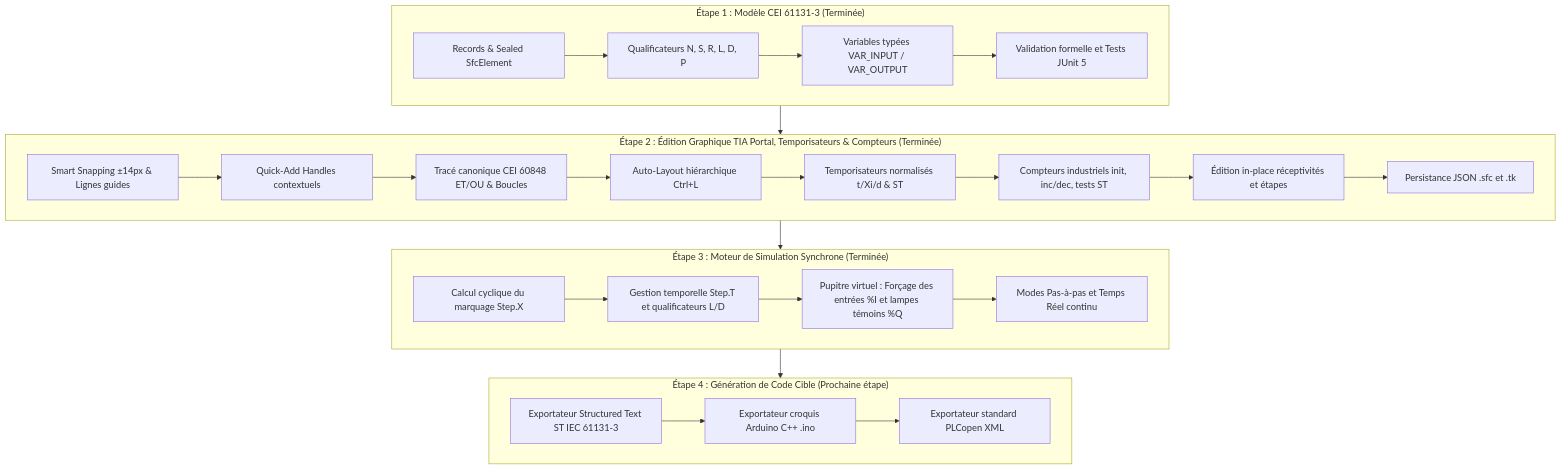
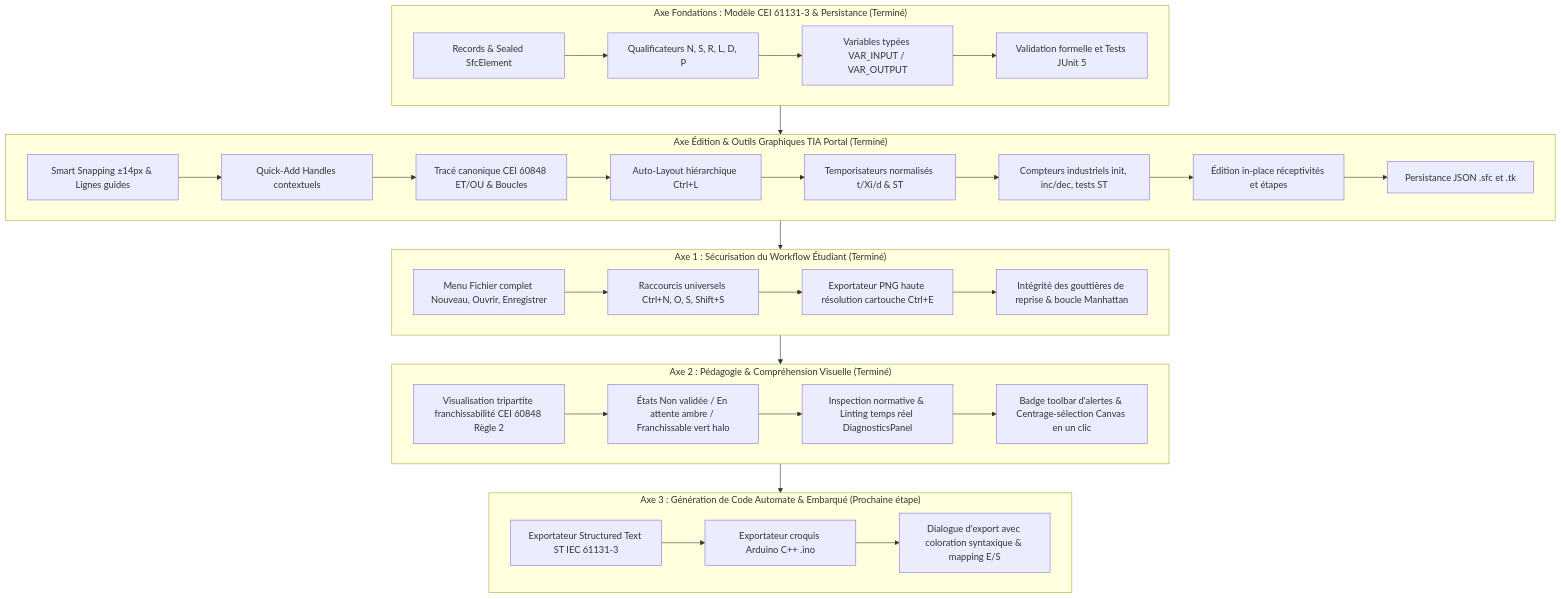
Before and after one commit to TAHRI-Khalid/Grafino: the diagram in AGENTS.md, drawn with Mermaid. The commit also changed other lines of this file and 14 other files, not shown here.

Commit message:
feat: axes 1 et 2 - persistance projet, export PNG, franchissabilite tripartite et linting temps reel

````diff
--- a/AGENTS.md
+++ b/AGENTS.md
@@ -251,33 +269,40 @@
 ```mermaid
 flowchart TD
-    subgraph Etape1 ["Étape 1 : Modèle CEI 61131-3 (Terminée)"]
+    subgraph Etape1 ["Axe Fondations : Modèle CEI 61131-3 & Persistance (Terminé)"]
         A1[Records & Sealed SfcElement] --> A2[Qualificateurs N, S, R, L, D, P]
         A2 --> A3[Variables typées VAR_INPUT / VAR_OUTPUT]
         A3 --> A4[Validation formelle et Tests JUnit 5]
     end
 
-    subgraph Etape2 ["Étape 2 : Édition Graphique TIA Portal, Temporisateurs & Compteurs (Terminée)"]
+    subgraph Etape2 ["Axe Édition & Outils Graphiques TIA Portal (Terminé)"]
         B1[Smart Snapping ±14px & Lignes guides] --> B2[Quick-Add Handles contextuels]
         B2 --> B3[Tracé canonique CEI 60848 ET/OU & Boucles]
         B3 --> B4[Auto-Layout hiérarchique Ctrl+L]
         B4 --> B5[Temporisateurs normalisés t/Xi/d & ST]
         B5 --> B6[Compteurs industriels init, inc/dec, tests ST]
         B6 --> B7[Édition in-place réceptivités et étapes]
         B7 --> B8[Persistance JSON .sfc et .tk]
     end
 
-    subgraph Etape3 ["Étape 3 : Moteur de Simulation Synchrone (Terminée)"]
-        C1[Calcul cyclique du marquage Step.X] --> C2[Gestion temporelle Step.T et qualificateurs L/D]
-        C2 --> C3[Pupitre virtuel : Forçage des entrées %I et lampes témoins %Q]
-        C3 --> C4[Modes Pas-à-pas et Temps Réel continu]
+    subgraph Etape3 ["Axe 1 : Sécurisation du Workflow Étudiant (Terminé)"]
+        C1[Menu Fichier complet Nouveau, Ouvrir, Enregistrer] --> C2[Raccourcis universels Ctrl+N, O, S, Shift+S]
+        C2 --> C3[Exportateur PNG haute résolution cartouche Ctrl+E]
+        C3 --> C4[Intégrité des gouttières de reprise & boucle Manhattan]
     end
 
-    subgraph Etape4 ["Étape 4 : Génération de Code Cible (Prochaine étape)"]
-        D1[Exportateur Structured Text ST IEC 61131-3] --> D2[Exportateur croquis Arduino C++ .ino]
-        D2 --> D3[Exportateur standard PLCopen XML]
+    subgraph Etape4 ["Axe 2 : Pédagogie & Compréhension Visuelle (Terminé)"]
+        D1[Visualisation tripartite franchissabilité CEI 60848 Règle 2] --> D2[États Non validée / En attente ambre / Franchissable vert halo]
+        D2 --> D3[Inspection normative & Linting temps réel DiagnosticsPanel]
+        D3 --> D4[Badge toolbar d'alertes & Centrage-sélection Canvas en un clic]
+    end
+
+    subgraph Etape5 ["Axe 3 : Génération de Code Automate & Embarqué (Prochaine étape)"]
+        E1[Exportateur Structured Text ST IEC 61131-3] --> E2[Exportateur croquis Arduino C++ .ino]
+        E2 --> E3[Dialogue d'export avec coloration syntaxique & mapping E/S]
     end
 
     Etape1 --> Etape2
     Etape2 --> Etape3
     Etape3 --> Etape4
+    Etape4 --> Etape5
 ```
````
